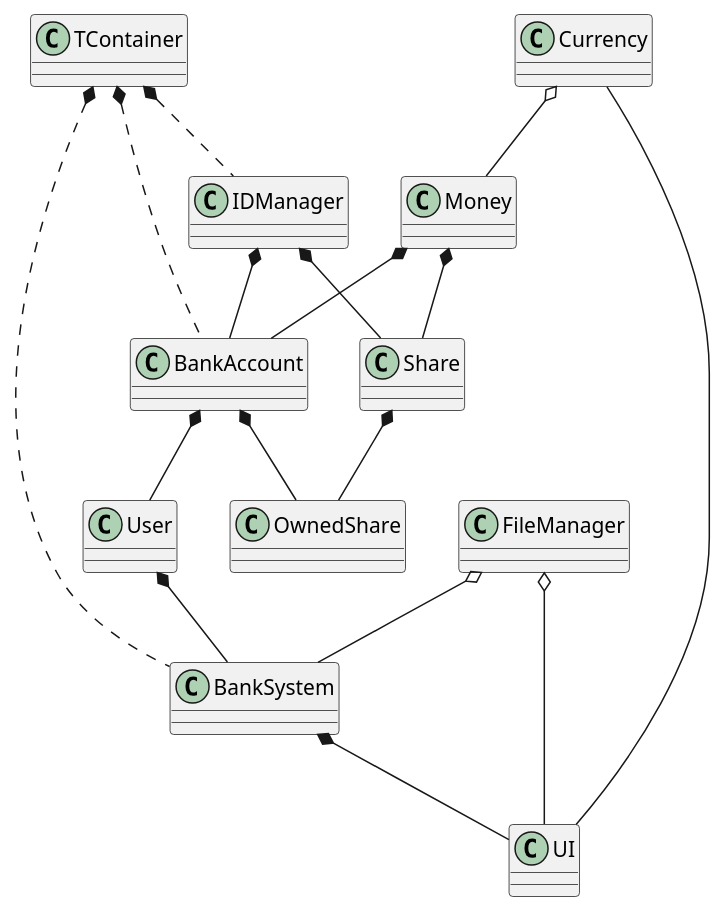
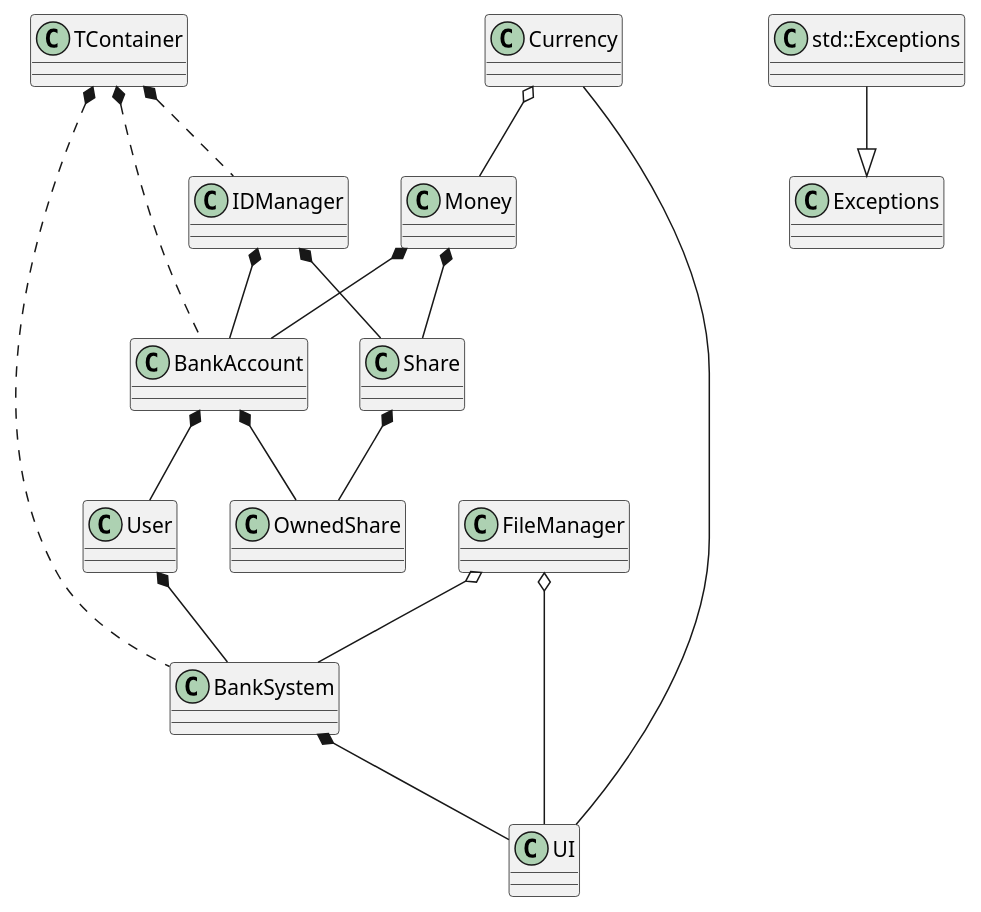
The diagram in puml/connections.puml (krusoadi/prog2_nhf), drawn with PlantUML before and after one commit. The commit also changed 5 other files, not shown here.

Commit message:
UI safety catching exceptions, new diagrams

```diff
--- a/puml/connections.puml
+++ b/puml/connections.puml
@@ -1,37 +1,41 @@
 @startuml
 class IDManager
 class Share
 class OwnedShare
 class BankAccount
 class User
 class Money
 class BankSystem
 class FileManager
 class Currency
 class UI
 class TContainer
+class Exceptions
+class std::Exceptions
 
 IDManager *-- Share
 Share *-- OwnedShare
 
 IDManager *-- BankAccount
 BankAccount *-- User
 
 BankAccount *-- OwnedShare
 
 Money *-- Share
 Money *-- BankAccount
 
 Currency o-- Money
 
 FileManager o-- BankSystem
 User *-- BankSystem
 BankSystem *-- UI
 
 FileManager o-- UI
 Currency -- UI
 
+std::Exceptions --|> Exceptions
+
 TContainer *.. BankSystem
 TContainer *.. BankAccount
 TContainer *.. IDManager
 @enduml
```
